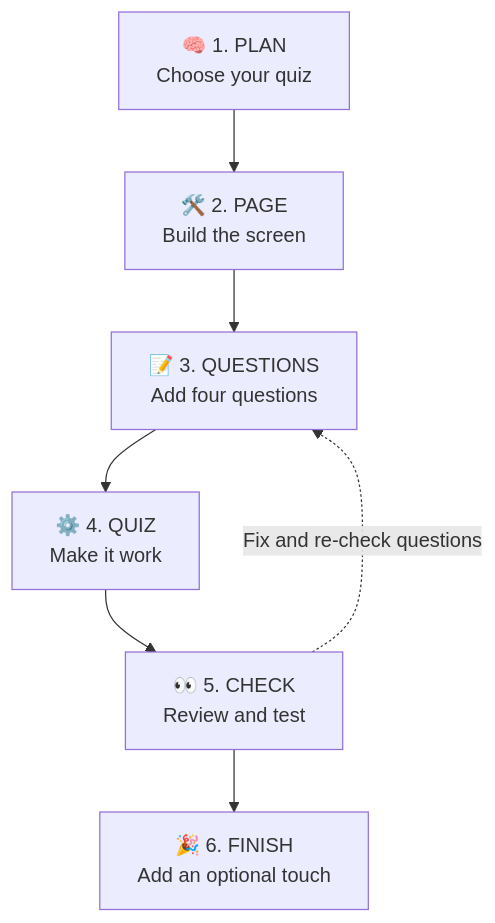
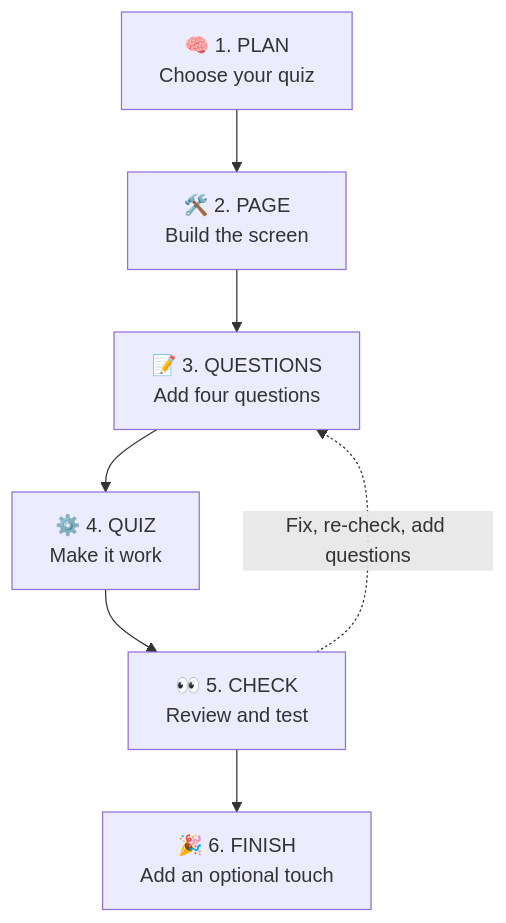
Before and after one commit to githubtraining/guided-copilot-power-loop: the diagram in README.md, drawn with Mermaid.

````diff
--- a/README.md
+++ b/README.md
@@ -6,9 +6,9 @@
 ```mermaid
 flowchart TD
     A["🧠 1. PLAN<br/>Choose your quiz"] --> B["🛠️ 2. PAGE<br/>Build the screen"]
     B --> C["📝 3. QUESTIONS<br/>Add four questions"]
     C --> D["⚙️ 4. QUIZ<br/>Make it work"]
     D --> E["👀 5. CHECK<br/>Review and test"]
     E --> F["🎉 6. FINISH<br/>Add an optional touch"]
-    E -. "Fix and re-check questions" .-> C
+    E -. "Fix, re-check, add questions" .-> C
 ```
````
